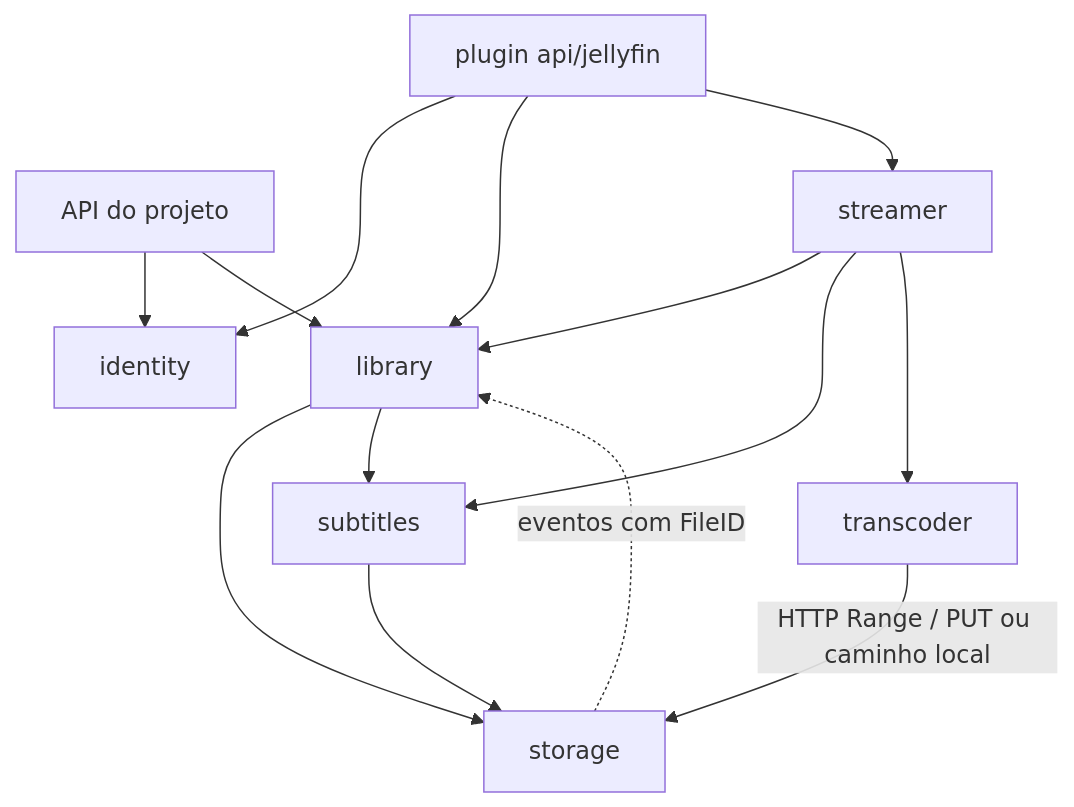
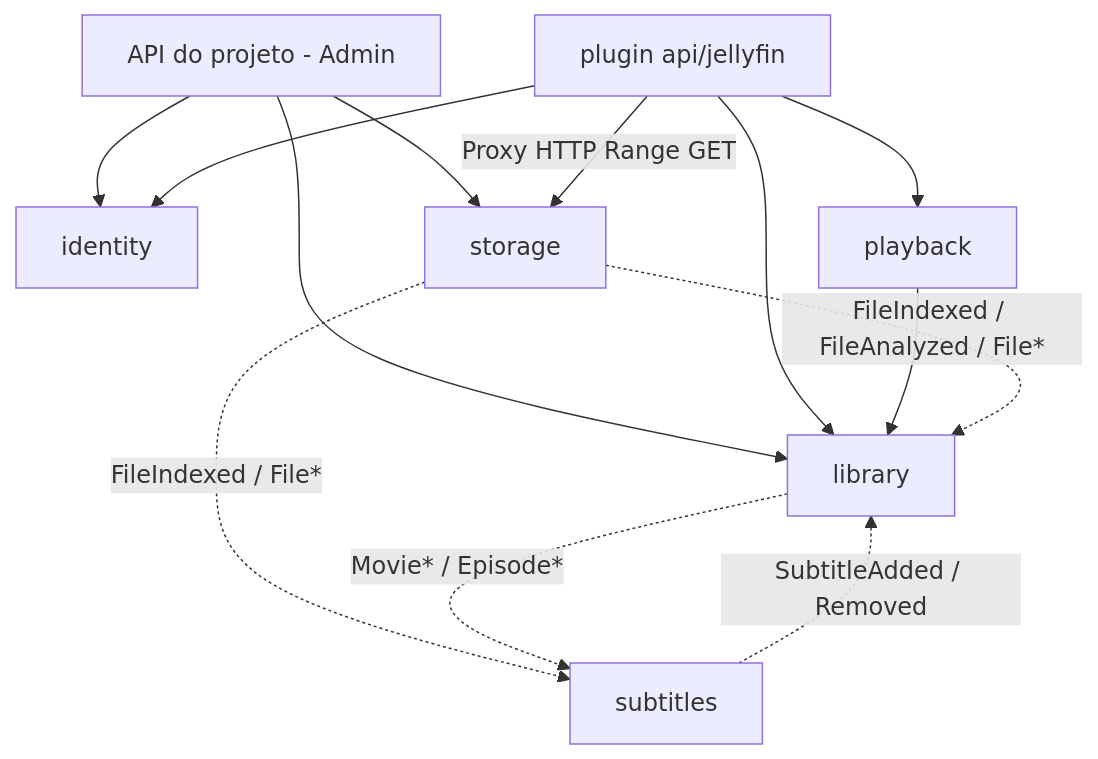
Before and after one commit to lukerops/mserver: the diagram in docs/planejamento.md, drawn with Mermaid. The commit also changed other lines of this file and 3 other files, not shown here.

Commit message:
docs: documentar arquitetura modular e roadmap MVP

````diff
--- a/docs/planejamento.md
+++ b/docs/planejamento.md
@@ -310,16 +394,15 @@
 ```mermaid
 flowchart TD
-    REST[API do projeto] --> ID[identity]
-    REST --> LIB
+    REST[API do projeto - Admin] --> ID[identity]
+    REST --> STO[storage]
+    REST --> LIB[library]
     JF[plugin api/jellyfin] --> ID
-    JF --> LIB[library]
-    JF --> STR[streamer]
-    LIB --> STO[storage]
-    LIB --> SUB[subtitles]
-    SUB --> STO
-    STR --> LIB
-    STR --> SUB
-    STR --> TR[transcoder]
-    TR -->|HTTP Range / PUT ou caminho local| STO
-    STO -.->|eventos com FileID| LIB
+    JF --> LIB
+    JF --> PB[playback]
+    JF -->|Proxy HTTP Range GET| STO
+    PB --> LIB
+    STO -.->|FileIndexed / FileAnalyzed / File*| LIB
+    STO -.->|FileIndexed / File*| SUB[subtitles]
+    LIB -.->|Movie* / Episode*| SUB
+    SUB -.->|SubtitleAdded / Removed| LIB
 ```
````
